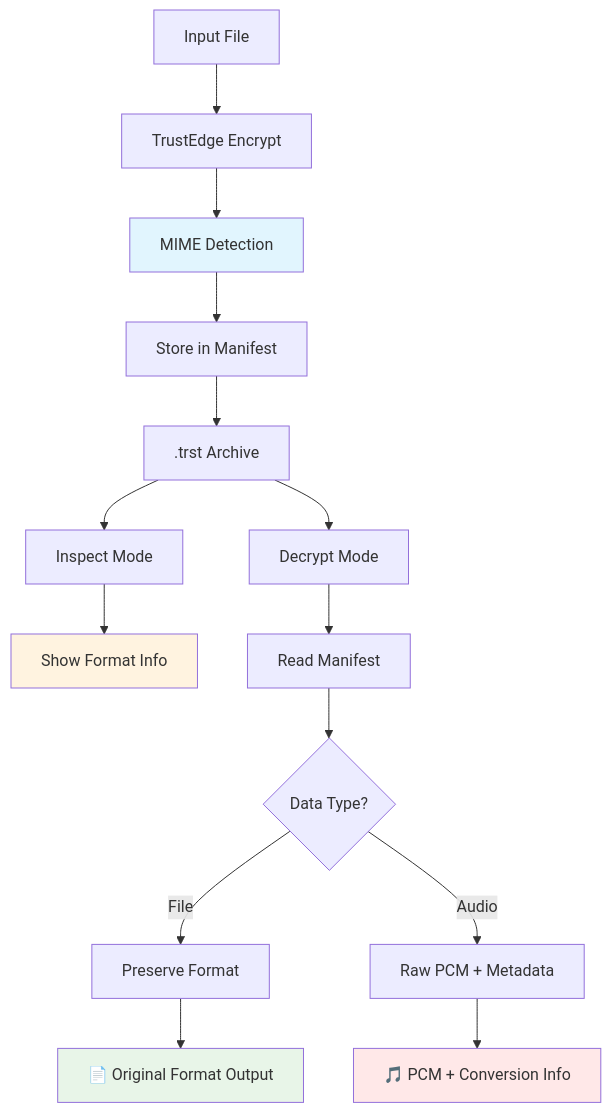
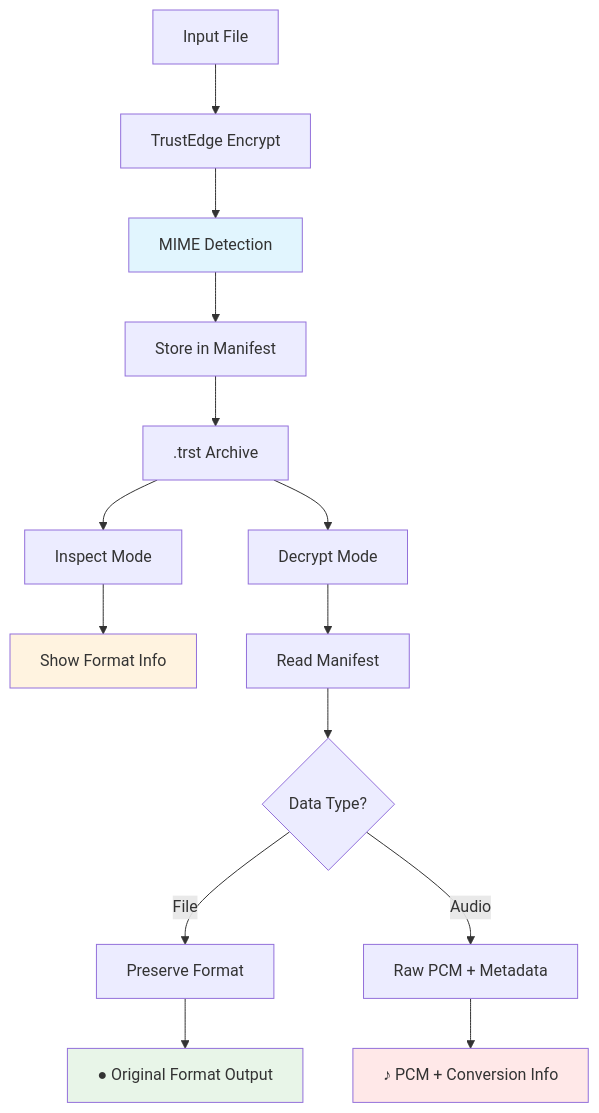
The second of 2 diagrams in EXAMPLES.md (TrustEdge-Labs/trustedge), drawn with Mermaid before and after one commit. The commit also changed other lines of this file and 3 other files, not shown here.

````diff
--- a/EXAMPLES.md
+++ b/EXAMPLES.md
@@ -158,25 +158,25 @@
 ```mermaid
 graph TD
     A[Input File] --> B[TrustEdge Encrypt]
     B --> C[MIME Detection]
     C --> D[Store in Manifest]
     D --> E[.trst Archive]
     
     E --> F[Inspect Mode]
     E --> G[Decrypt Mode]
     
     F --> H[Show Format Info]
     G --> I[Read Manifest]
     I --> J{Data Type?}
     
     J -->|File| K[Preserve Format]
     J -->|Audio| L[Raw PCM + Metadata]
     
-    K --> M[📄 Original Format Output]
-    L --> N[🎵 PCM + Conversion Info]
+    K --> M[● Original Format Output]
+    L --> N[♪ PCM + Conversion Info]
     
     style C fill:#e1f5fe
     style H fill:#fff3e0
     style M fill:#e8f5e8
     style N fill:#ffe8e8
 ```
````
